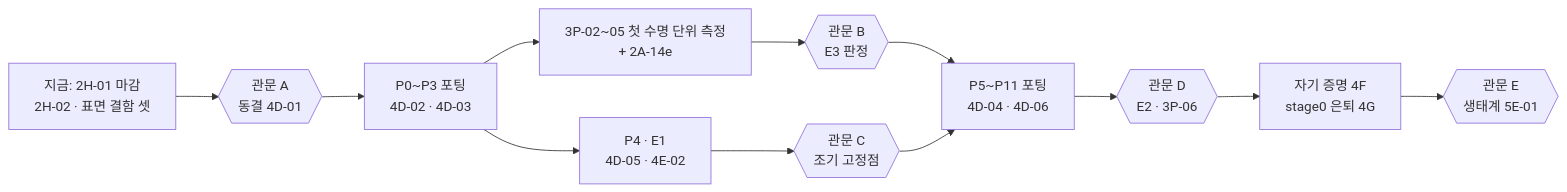
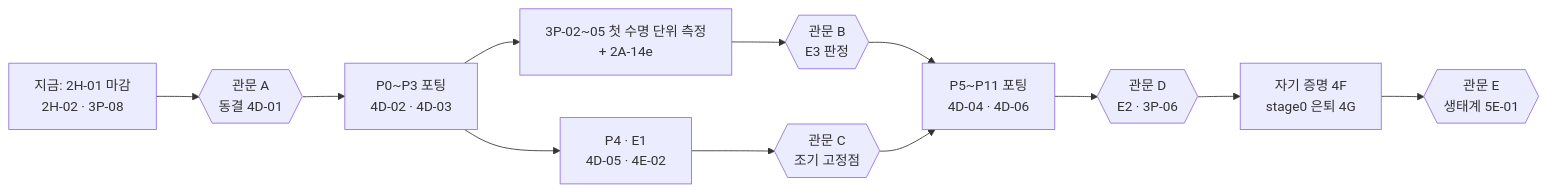
One commit to lang-bmb/lang-bmb changed the third of 4 diagrams in docs/ROADMAP.md. Above: the diagram before and after it, drawn with Mermaid. The commit also changed other lines of this file and 20 other files, not shown here.

````diff
--- a/docs/ROADMAP.md
+++ b/docs/ROADMAP.md
@@ -89,11 +89,11 @@
 ```mermaid
 flowchart LR
-    N["지금: 2H-01 마감<br/>2H-02 · 표면 결함 셋"] --> A{{"관문 A<br/>동결 4D-01"}}
+    N["지금: 2H-01 마감<br/>2H-02 · 3P-08"] --> A{{"관문 A<br/>동결 4D-01"}}
     A --> P03["P0~P3 포팅<br/>4D-02 · 4D-03"]
     P03 --> M["3P-02~05 첫 수명 단위 측정<br/>+ 2A-14e"] --> B{{"관문 B<br/>E3 판정"}}
     P03 --> P4["P4 · E1<br/>4D-05 · 4E-02"] --> C{{"관문 C<br/>조기 고정점"}}
     B --> P511["P5~P11 포팅<br/>4D-04 · 4D-06"]
     C --> P511
     P511 --> D{{"관문 D<br/>E2 · 3P-06"}}
     D --> SP["자기 증명 4F<br/>stage0 은퇴 4G"] --> E{{"관문 E<br/>생태계 5E-01"}}
 ```
````
